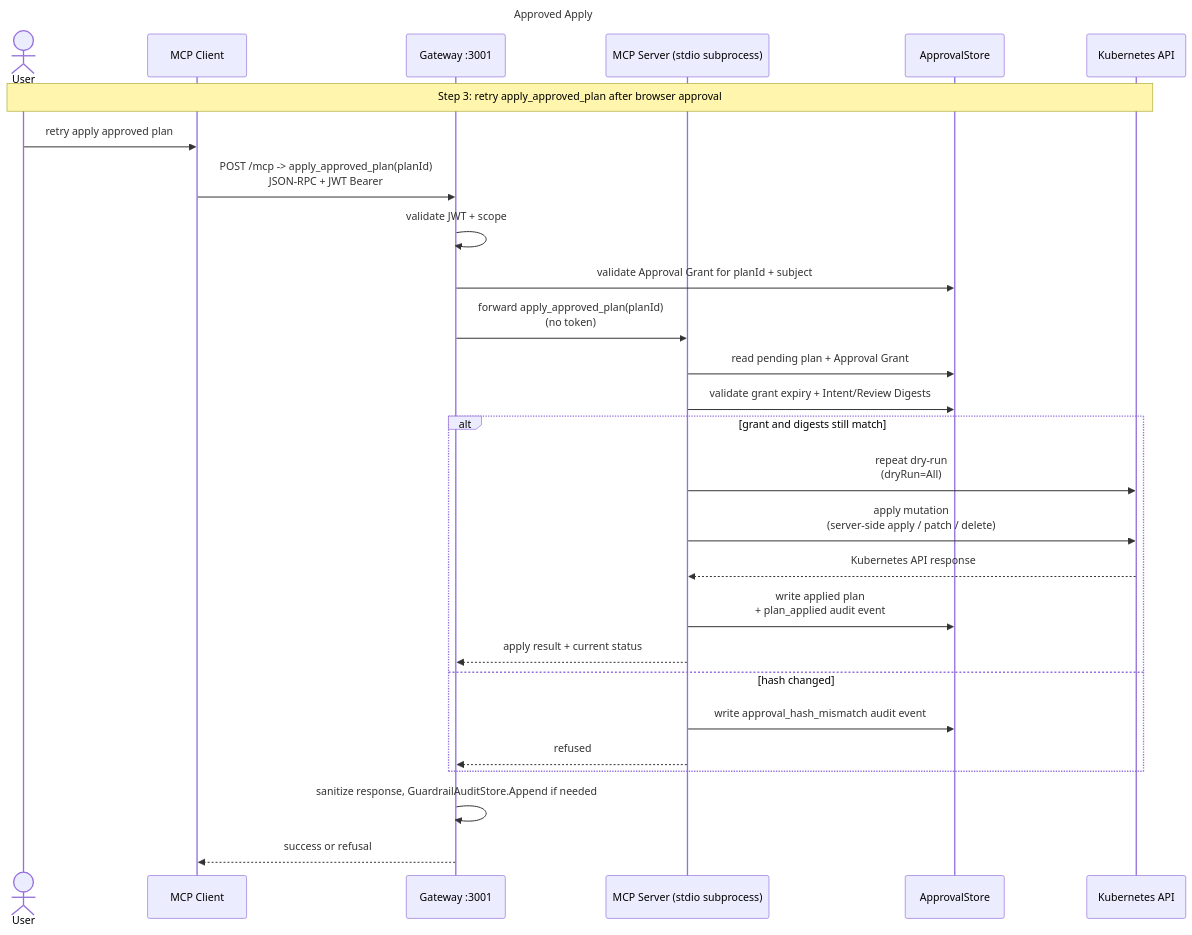
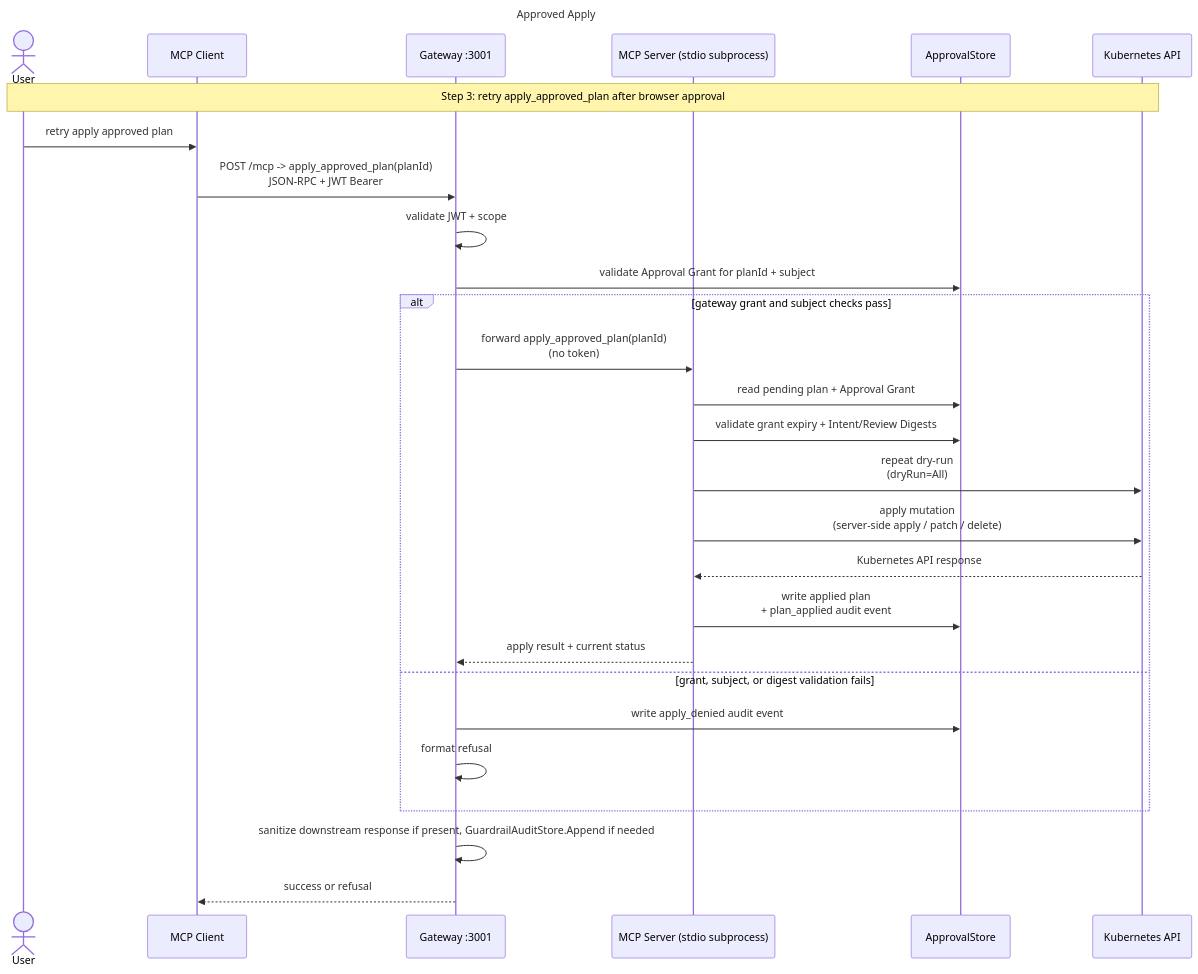
One commit to mirusser/Kubernetes-MCP-Guard changed the sixth of 7 diagrams in docs/architecture.md. Above: the diagram before and after it, drawn with Mermaid. The commit also changed 18 other files, not shown here.

Commit message:
refactor:Post Digest-Grant Fixes

````diff
--- a/docs/architecture.md
+++ b/docs/architecture.md
@@ -252,36 +252,35 @@
 ```mermaid
 ---
 title: Approved Apply
 ---
 sequenceDiagram
     actor User
     participant Client as MCP Client
     participant GW as Gateway :3001
     participant Svr as MCP Server (stdio subprocess)
     participant Store as ApprovalStore
     participant K8s as Kubernetes API
 
     Note over User,K8s: Step 3: retry apply_approved_plan after browser approval
 
     User->>Client: retry apply approved plan
     Client->>GW: POST /mcp -> apply_approved_plan(planId)<br/>JSON-RPC + JWT Bearer
     GW->>GW: validate JWT + scope
     GW->>Store: validate Approval Grant for planId + subject
-    GW->>Svr: forward apply_approved_plan(planId)<br/>(no token)
-
-    Svr->>Store: read pending plan + Approval Grant
-    Svr->>Store: validate grant expiry + Intent/Review Digests
-    alt grant and digests still match
+    alt gateway grant and subject checks pass
+        GW->>Svr: forward apply_approved_plan(planId)<br/>(no token)
+        Svr->>Store: read pending plan + Approval Grant
+        Svr->>Store: validate grant expiry + Intent/Review Digests
         Svr->>K8s: repeat dry-run<br/>(dryRun=All)
         Svr->>K8s: apply mutation<br/>(server-side apply / patch / delete)
         K8s-->>Svr: Kubernetes API response
         Svr->>Store: write applied plan<br/>+ plan_applied audit event
         Svr-->>GW: apply result + current status
-    else hash changed
-        Svr->>Store: write approval_hash_mismatch audit event
-        Svr-->>GW: refused
+    else grant, subject, or digest validation fails
+        GW->>Store: write apply_denied audit event
+        GW->>GW: format refusal
     end
 
-    GW->>GW: sanitize response, GuardrailAuditStore.Append if needed
+    GW->>GW: sanitize downstream response if present, GuardrailAuditStore.Append if needed
     GW-->>Client: success or refusal
 ```
````
